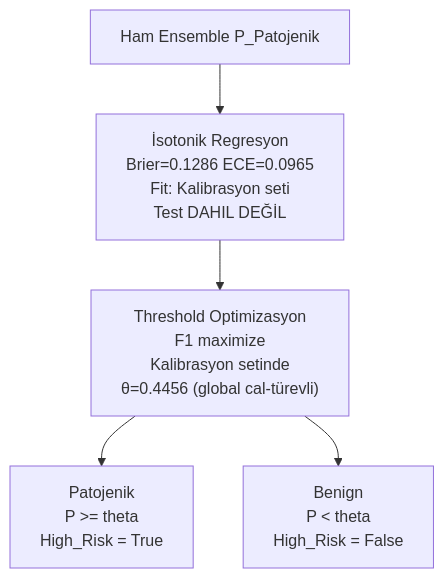
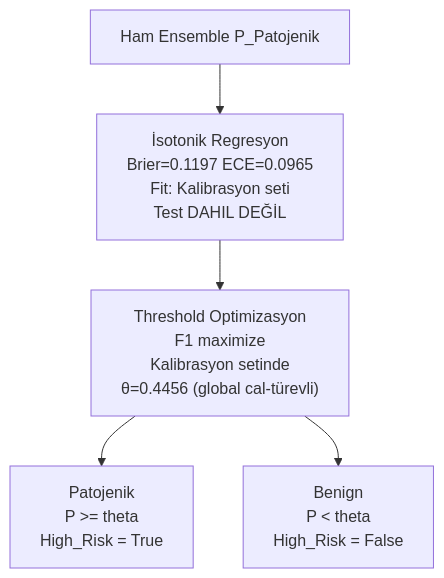
Before and after one commit to msgxr/VARIANT-GNN: diagram 14 of 16 in README.md, drawn with Mermaid. The commit also changed other lines of this file and 24 other files, not shown here.

````diff
--- a/README.md
+++ b/README.md
@@ -711,12 +711,12 @@
 ```mermaid
 flowchart TD
     R["Ham Ensemble P_Patojenik"]
-    ISO["İsotonik Regresyon\nBrier=0.1286  ECE=0.0965\nFit: Kalibrasyon seti\nTest DAHIL DEĞİL"]
+    ISO["İsotonik Regresyon\nBrier=0.1197  ECE=0.0965\nFit: Kalibrasyon seti\nTest DAHIL DEĞİL"]
     TH["Threshold Optimizasyon\nF1 maximize\nKalibrasyon setinde\nθ=0.4456 (global cal-türevli)"]
     PAT["Patojenik\nP >= theta\nHigh_Risk = True"]
     BEN["Benign\nP < theta\nHigh_Risk = False"]
 
     R --> ISO --> TH
     TH --> PAT
     TH --> BEN
 ```
````
